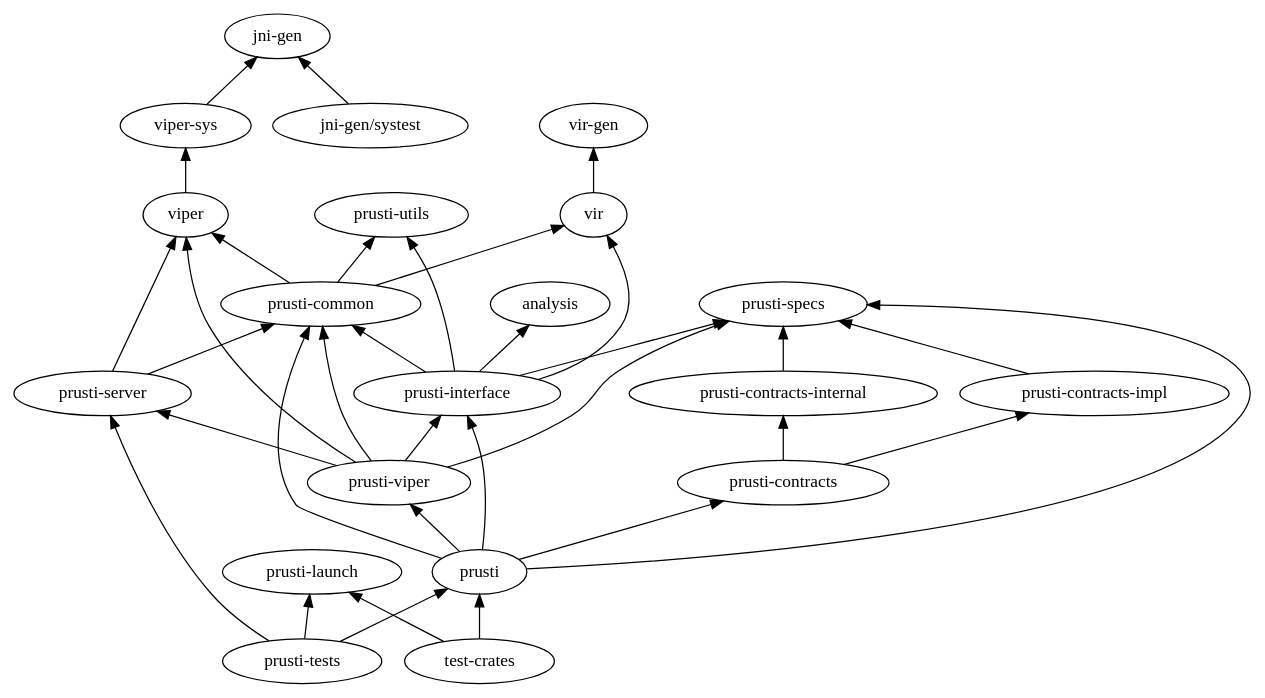
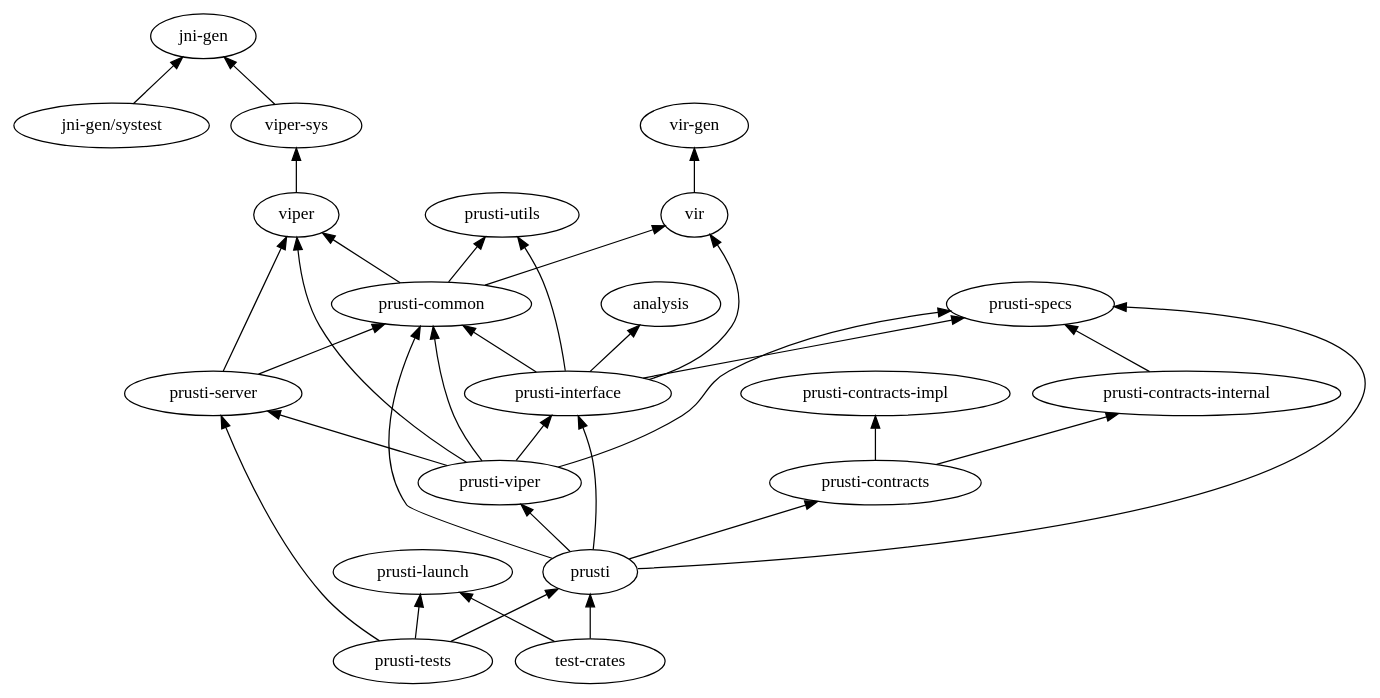
One commit to viperproject/prusti-dev changed the diagram in design/src/prusti_dependencies.gv. Above: the diagram before and after it, drawn with Graphviz. The commit also changed 5 other files, not shown here.

Commit message:
updated readme for `prusti-tests`, restored 2 failing `cargo_verify` test cases, updated `prusti_dependencies.gv` for `prusti-contracts-impl`, renamed `nostd` test `core_eq`

```diff
--- a/design/src/prusti_dependencies.gv
+++ b/design/src/prusti_dependencies.gv
@@ -1,56 +1,55 @@
 digraph {
 	graph [rankdir=BT]
 	analysis [label=analysis]
 	prusti [label=prusti]
 	"prusti-interface" [label="prusti-interface"]
 	prusti -> "prusti-interface"
 	"prusti-contracts" [label="prusti-contracts"]
 	prusti -> "prusti-contracts"
 	"prusti-common" [label="prusti-common"]
 	prusti -> "prusti-common"
 	"prusti-viper" [label="prusti-viper"]
 	prusti -> "prusti-viper"
 	"prusti-specs" [label="prusti-specs"]
 	prusti -> "prusti-specs"
 	"prusti-contracts-internal" [label="prusti-contracts-internal"]
 	"prusti-contracts" -> "prusti-contracts-internal"
 	"prusti-contracts-impl" [label="prusti-contracts-impl"]
 	"prusti-contracts" -> "prusti-contracts-impl"
-	"prusti-contracts-impl" -> "prusti-specs"
 	"prusti-contracts-internal" -> "prusti-specs"
 	"prusti-tests" [label="prusti-tests"]
 	"prusti-launch" [label="prusti-launch"]
 	"prusti-tests" -> "prusti-launch"
 	"prusti-server" [label="prusti-server"]
 	"prusti-tests" -> "prusti-server"
 	"prusti-tests" -> prusti
 	"prusti-utils" [label="prusti-utils"]
 	"prusti-common" -> "prusti-utils"
 	vir [label=vir]
 	"prusti-common" -> vir
 	viper [label=viper]
 	"prusti-common" -> viper
 	"prusti-interface" -> vir
 	"prusti-interface" -> analysis
 	"prusti-interface" -> "prusti-common"
 	"prusti-interface" -> "prusti-utils"
 	"prusti-interface" -> "prusti-specs"
 	"prusti-viper" -> viper
 	"prusti-viper" -> "prusti-interface"
 	"prusti-viper" -> "prusti-server"
 	"prusti-viper" -> "prusti-common"
 	"prusti-viper" -> "prusti-specs"
 	"prusti-server" -> "prusti-common"
 	"prusti-server" -> viper
 	"test-crates" [label="test-crates"]
 	"test-crates" -> "prusti-launch"
 	"test-crates" -> prusti
 	"viper-sys" [label="viper-sys"]
 	viper -> "viper-sys"
 	"jni-gen" [label="jni-gen"]
 	"viper-sys" -> "jni-gen"
 	"vir-gen" [label="vir-gen"]
 	vir -> "vir-gen"
 	"jni-gen/systest" [label="jni-gen/systest"]
 	"jni-gen/systest" -> "jni-gen"
 }
```
